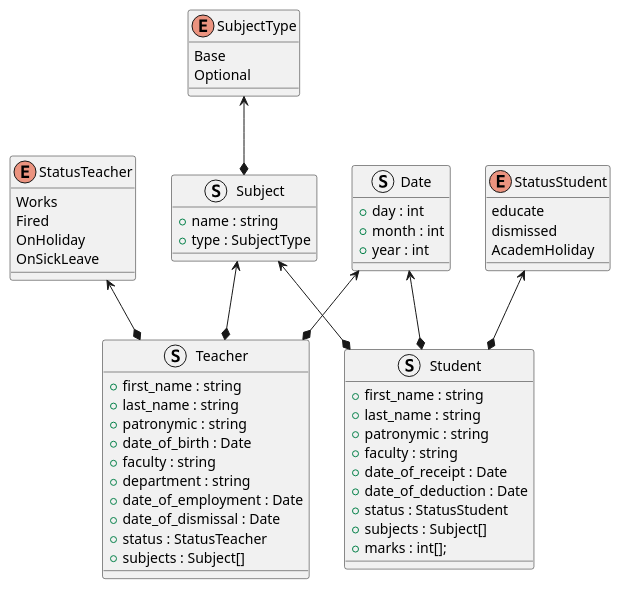
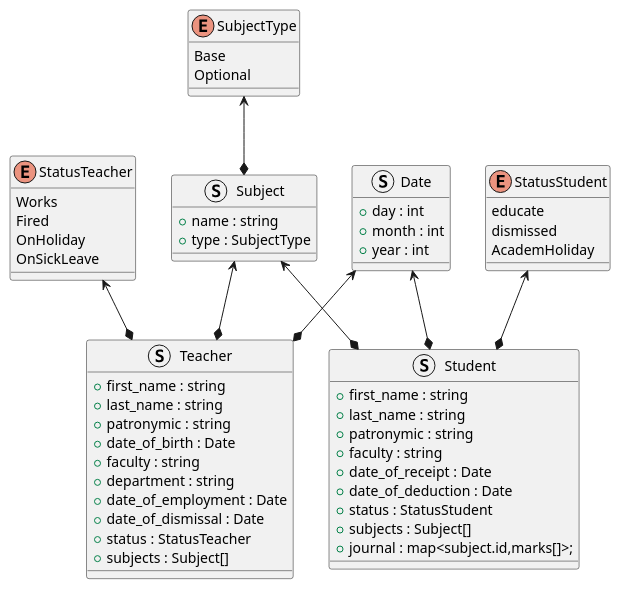
Before and after one commit to it-top-shambala/Academy: the diagram in class_diagram.puml, drawn with PlantUML.

Commit message:
Изменение в структуре студента.

```diff
--- a/class_diagram.puml
+++ b/class_diagram.puml
@@ -1,69 +1,69 @@
 @startuml
 'https://plantuml.com/class-diagram
 
 enum SubjectType {
 Base
 Optional
 }
 
 
 struct Subject {
 + name : string
 + type : SubjectType
 }
 
 SubjectType <--* Subject
 
 struct Date {
 + day : int
 + month : int
 + year : int
 }
 
 enum StatusTeacher {
 Works
 Fired
 OnHoliday
 OnSickLeave
 }
 
 struct Teacher {
 + first_name : string
 + last_name : string
 + patronymic : string
 + date_of_birth : Date
 + faculty : string
 + department : string
 + date_of_employment : Date
 + date_of_dismissal : Date
 + status : StatusTeacher
 + subjects : Subject[]
 }
 
 Subject <--* Teacher
 StatusTeacher <--* Teacher
 Date <--* Teacher
 
 struct Student {
 + first_name : string
 + last_name : string
 + patronymic : string
 + faculty : string
 + date_of_receipt : Date
 + date_of_deduction : Date
 + status : StatusStudent
 + subjects : Subject[]
-+ marks : int[];
++ journal : map<subject.id,marks[]>;
 }
 
 enum StatusStudent {
 educate
 dismissed
 AcademHoliday
 }
 
 Subject <--* Student
 StatusStudent <--* Student
 Date <--* Student
 
 @enduml
```
